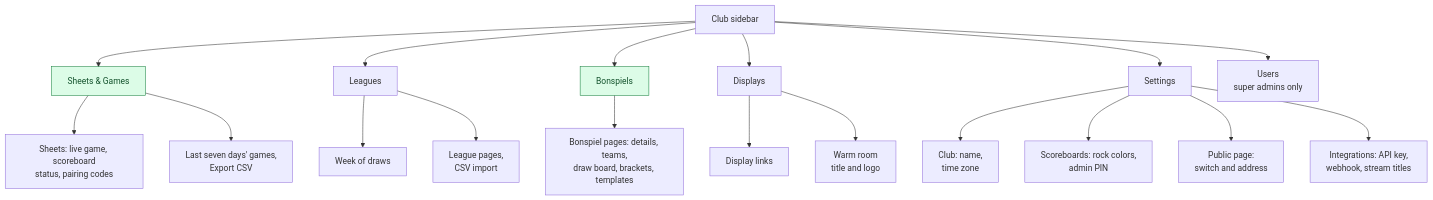
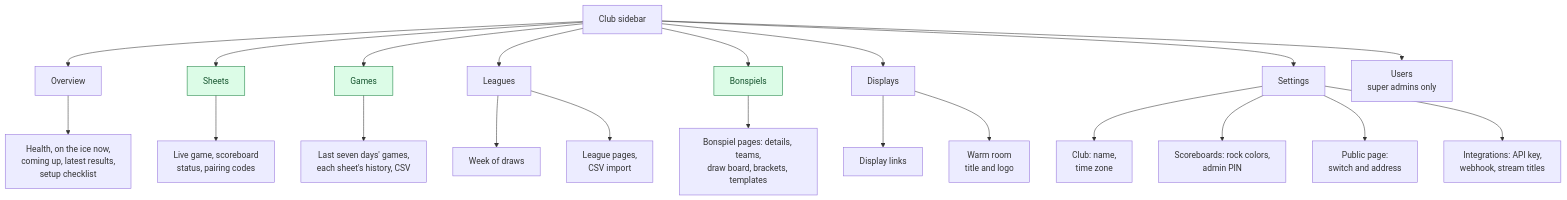
The second of 2 diagrams in docs/architecture/admin-portal.md (CloudgateStudios/curling_scoreboard), drawn with Mermaid before and after one commit. The commit also changed other lines of this file and 19 other files, not shown here.

First line of the commit message:
feat: a club overview with what is on the ice, what is next and what is left to set up (#420)

````diff
--- a/docs/architecture/admin-portal.md
+++ b/docs/architecture/admin-portal.md
@@ -43,23 +46,26 @@
 ```mermaid
 flowchart TB
   SIDE["Club sidebar"]
-  SIDE --> T1["Sheets & Games"]
+  SIDE --> OV["Overview"]
+  SIDE --> T1["Sheets"]
+  SIDE --> GM["Games"]
   SIDE --> T2["Leagues"]
   SIDE --> T3["Bonspiels"]
   SIDE --> T4["Displays"]
   SIDE --> SET["Settings"]
   SIDE --> U["Users<br/>super admins only"]
-  T1 --> T1a["Sheets: live game, scoreboard<br/>status, pairing codes"]
-  T1 --> T1b["Last seven days' games,<br/>Export CSV"]
+  OV --> OVa["Health, on the ice now,<br/>coming up, latest results,<br/>setup checklist"]
+  T1 --> T1a["Live game, scoreboard<br/>status, pairing codes"]
+  GM --> T1b["Last seven days' games,<br/>each sheet's history, CSV"]
   T2 --> T2a["Week of draws"]
   T2 --> T2b["League pages,<br/>CSV import"]
   T3 --> T3a["Bonspiel pages: details, teams,<br/>draw board, brackets, templates"]
   T4 --> T4a["Display links"]
   T4 --> T4b["Warm room<br/>title and logo"]
   SET --> S0["Club: name,<br/>time zone"]
   SET --> S1["Scoreboards: rock colors,<br/>admin PIN"]
   SET --> S4["Public page:<br/>switch and address"]
   SET --> S2["Integrations: API key,<br/>webhook, stream titles"]
   classDef bonspiel fill:#dcfce7,stroke:#15803d,color:#14532d
-  class T1,T3 bonspiel
+  class T1,GM,T3 bonspiel
 ```
````
